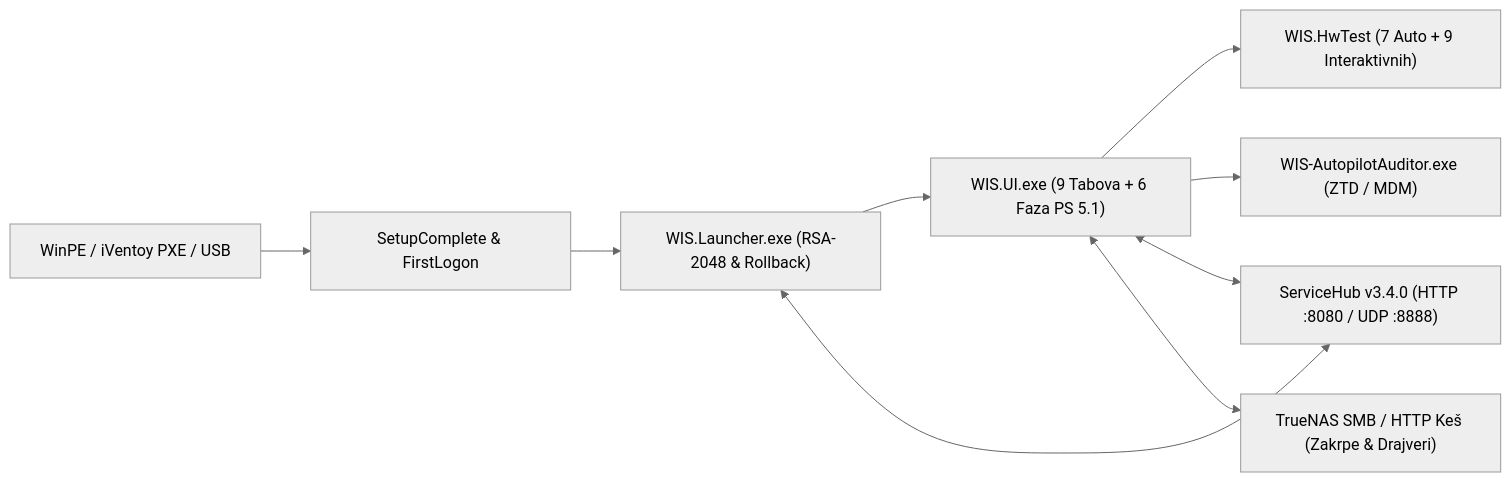
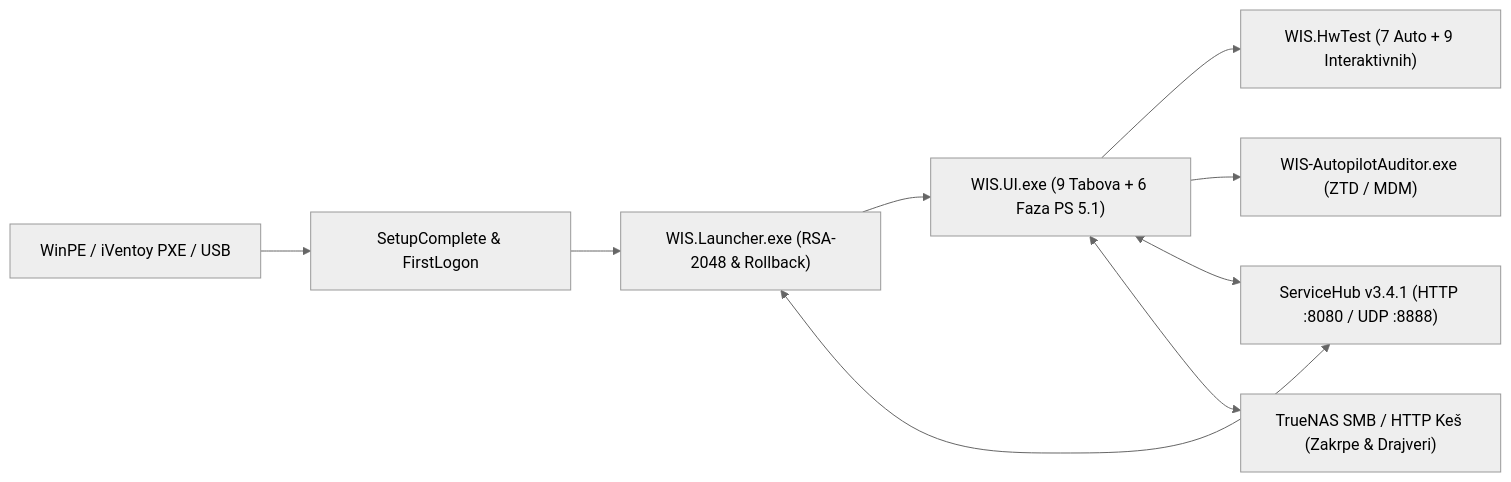
The diagram in README.md (Gruya13/WIS), drawn with Mermaid (neutral theme) before and after one commit. The commit also changed other lines of this file and 49 other files, not shown here.

Commit message:
fix(wis): sanacija BUG-01..BUG-09, IG-Systems rebrending i izdanje WIS v3.1.1 / ServiceHub v3.4.1 (WIS-TASK-254)

````diff
--- a/README.md
+++ b/README.md
@@ -27,11 +27,11 @@
 ```mermaid
 flowchart LR
     PXE["WinPE / iVentoy PXE / USB"] --> BOOT["SetupComplete & FirstLogon"]
     BOOT --> LAUNCHER["WIS.Launcher.exe (RSA-2048 & Rollback)"]
     LAUNCHER --> UI["WIS.UI.exe (9 Tabova + 6 Faza PS 5.1)"]
     UI --> HWTEST["WIS.HwTest (7 Auto + 9 Interaktivnih)"]
     UI --> AUDITOR["WIS-AutopilotAuditor.exe (ZTD / MDM)"]
-    LAUNCHER <--> HUB["ServiceHub v3.4.0 (HTTP :8080 / UDP :8888)"]
+    LAUNCHER <--> HUB["ServiceHub v3.4.1 (HTTP :8080 / UDP :8888)"]
     UI <--> HUB
     UI <--> NAS["TrueNAS SMB / HTTP Keš (Zakrpe & Drajveri)"]
 ```
````
